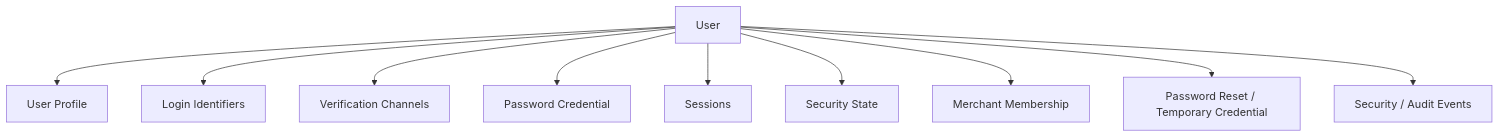
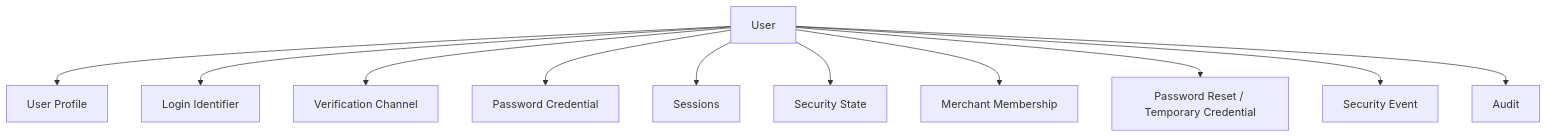
One commit to sxyq/mastergoods changed the first of 5 diagrams in docs/system-design/01-账户与身份/03-用户资料与账号管理.md. Above: the diagram before and after it, drawn with Mermaid. The commit also changed other lines of this file and 6 other files, not shown here.

````diff
--- a/docs/system-design/01-账户与身份/03-用户资料与账号管理.md
+++ b/docs/system-design/01-账户与身份/03-用户资料与账号管理.md
@@ -5,14 +9,15 @@
 ```mermaid
 flowchart TD
     USER[User]
 
     USER --> PROFILE[User Profile]
-    USER --> ID[Login Identifiers]
-    USER --> CHANNEL[Verification Channels]
+    USER --> ID[Login Identifier]
+    USER --> CHANNEL[Verification Channel]
     USER --> PASSWORD[Password Credential]
     USER --> SESSION[Sessions]
     USER --> SECURITY[Security State]
     USER --> MEMBER[Merchant Membership]
     USER --> RESET[Password Reset / Temporary Credential]
-    USER --> EVENT[Security / Audit Events]
+    USER --> EVENT[Security Event]
+    USER --> AUDIT[Audit]
 ```
````
